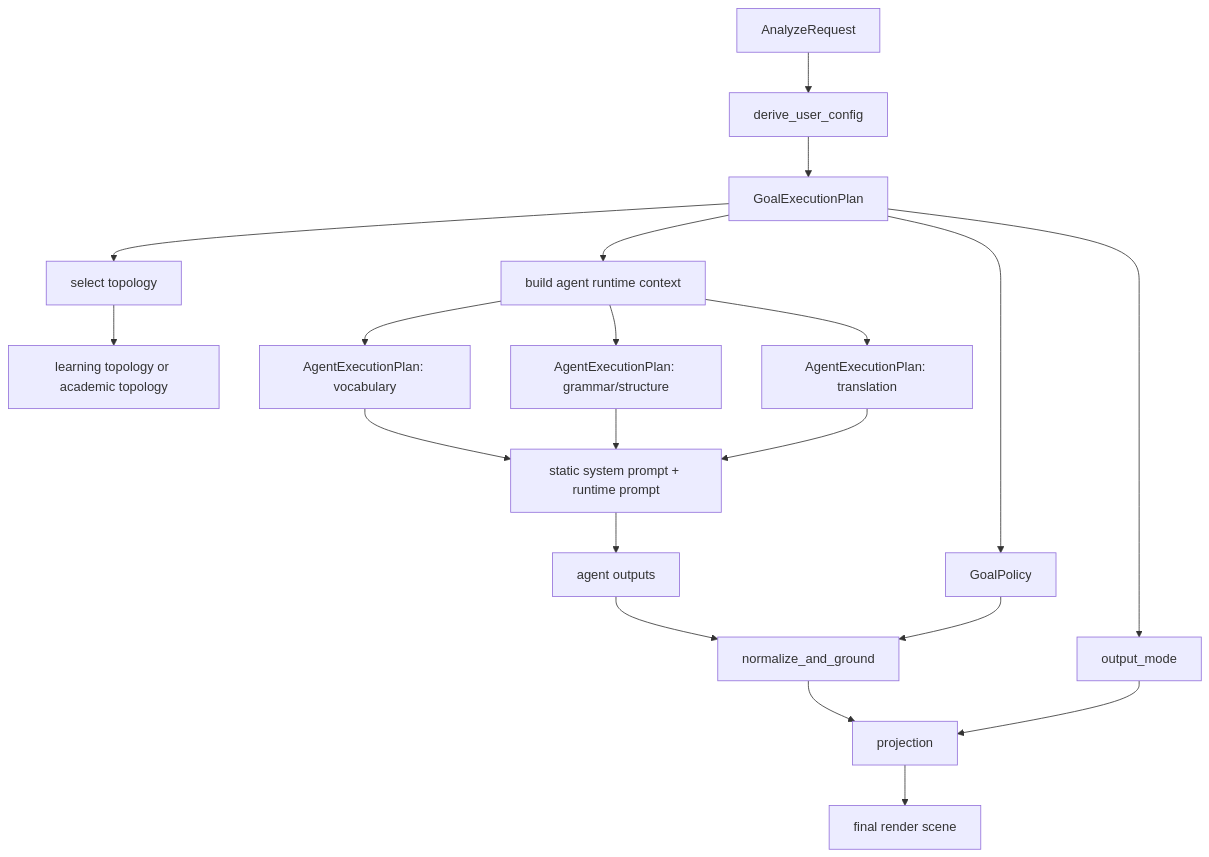
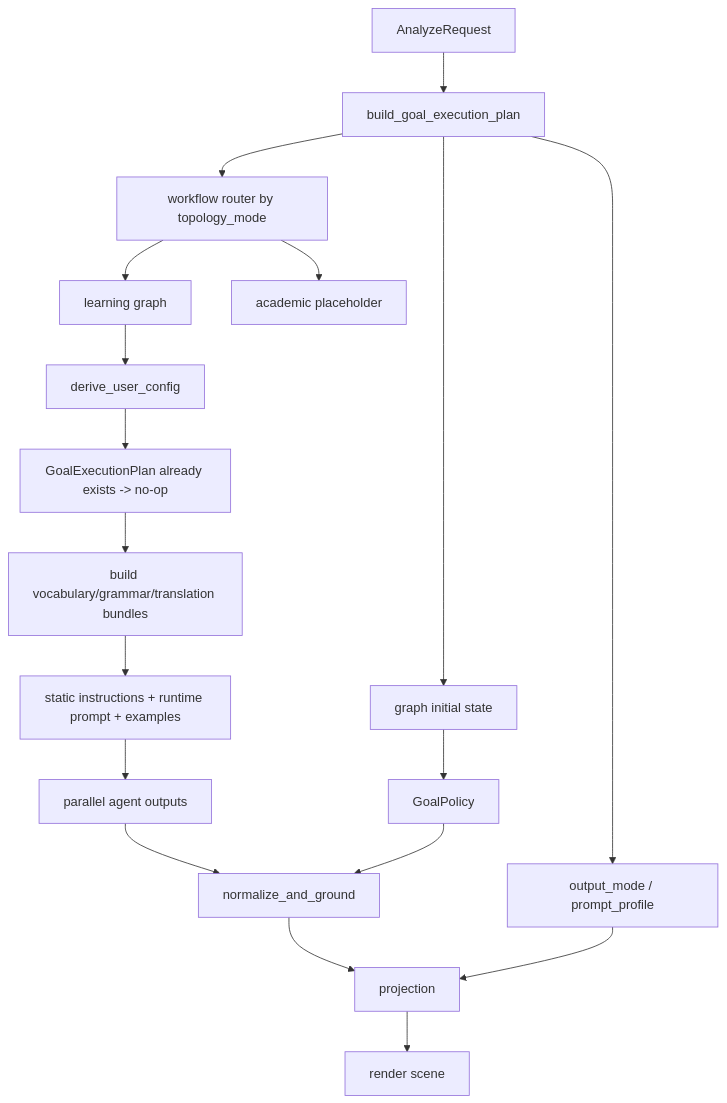
Before and after one commit to NanProduced/interpretation-of-english-articles: the diagram in docs/workflow/v3/differentiated-output-strategy-design.md, drawn with Mermaid. The commit also changed other lines of this file and 32 other files, not shown here.

````diff
--- a/docs/workflow/v3/differentiated-output-strategy-design.md
+++ b/docs/workflow/v3/differentiated-output-strategy-design.md
@@ -296,22 +163,20 @@
 ```mermaid
 flowchart TD
-    A["AnalyzeRequest"] --> B["derive_user_config"]
-    B --> C["GoalExecutionPlan"]
-    C --> D["select topology"]
-    C --> E["build agent runtime context"]
-    D --> F["learning topology or academic topology"]
-    E --> G["AgentExecutionPlan: vocabulary"]
-    E --> H["AgentExecutionPlan: grammar/structure"]
-    E --> I["AgentExecutionPlan: translation"]
-    G --> J["static system prompt + runtime prompt"]
-    H --> J
-    I --> J
-    J --> K["agent outputs"]
-    C --> L["GoalPolicy"]
+    A["AnalyzeRequest"] --> B["build_goal_execution_plan"]
+    B --> C["workflow router by topology_mode"]
+    B --> D["graph initial state"]
+    C --> E["learning graph"]
+    C --> F["academic placeholder"]
+    E --> G["derive_user_config"]
+    G --> H["GoalExecutionPlan already exists -> no-op"]
+    H --> I["build vocabulary/grammar/translation bundles"]
+    I --> J["static instructions + runtime prompt + examples"]
+    J --> K["parallel agent outputs"]
+    D --> L["GoalPolicy"]
     K --> M["normalize_and_ground"]
     L --> M
-    C --> N["output_mode"]
+    B --> N["output_mode / prompt_profile"]
     M --> O["projection"]
     N --> O
-    O --> P["final render scene"]
+    O --> P["render scene"]
 ```
````
